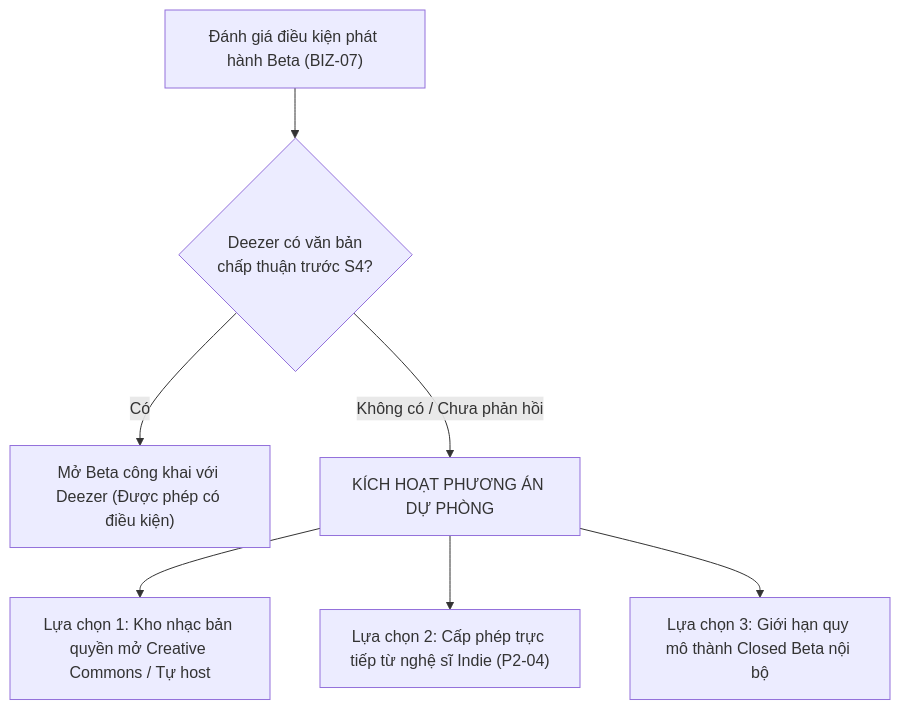
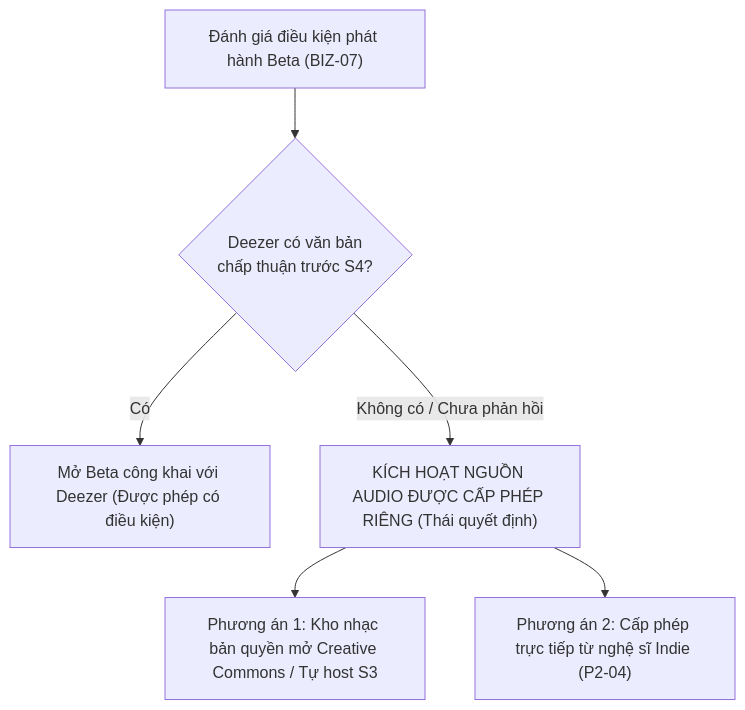
The diagram in docs/legal/music-preview-licensing.md (ThaiDevv/meloo), drawn with Mermaid before and after one commit. The commit also changed other lines of this file and 2 other files, not shown here.

Commit message:
MEL-120 fix(legal): sửa theo review vòng 1 về ToS Deezer, quyền quyết định và AC

````diff
--- a/docs/legal/music-preview-licensing.md
+++ b/docs/legal/music-preview-licensing.md
@@ -132,9 +172,8 @@
 ```mermaid
 flowchart TD
     A["Đánh giá điều kiện phát hành Beta (BIZ-07)"] --> B{"Deezer có văn bản<br/>chấp thuận trước S4?"}
     B -- "Có" --> C["Mở Beta công khai với Deezer (Được phép có điều kiện)"]
-    B -- "Không có / Chưa phản hồi" --> D["KÍCH HOẠT PHƯƠNG ÁN DỰ PHÒNG"]
-    D --> E["Lựa chọn 1: Kho nhạc bản quyền mở Creative Commons / Tự host"]
-    D --> F["Lựa chọn 2: Cấp phép trực tiếp từ nghệ sĩ Indie (P2-04)"]
-    D --> G["Lựa chọn 3: Giới hạn quy mô thành Closed Beta nội bộ"]
+    B -- "Không có / Chưa phản hồi" --> D["KÍCH HOẠT NGUỒN AUDIO ĐƯỢC CẤP PHÉP RIÊNG (Thái quyết định)"]
+    D --> E["Phương án 1: Kho nhạc bản quyền mở Creative Commons / Tự host S3"]
+    D --> F["Phương án 2: Cấp phép trực tiếp từ nghệ sĩ Indie (P2-04)"]
 ```
````
